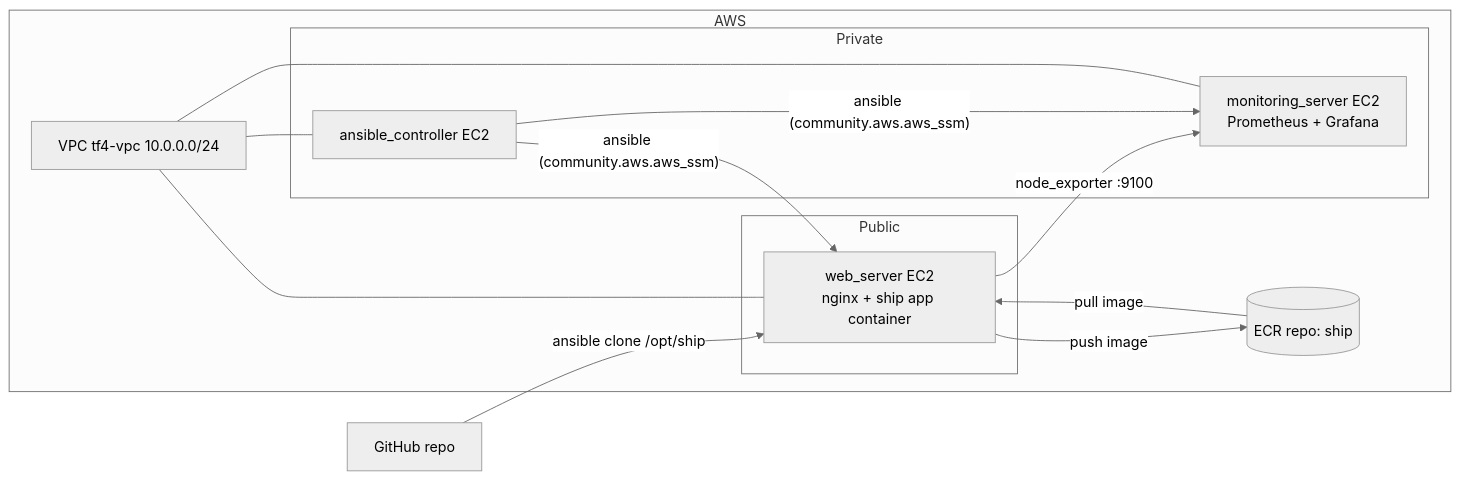
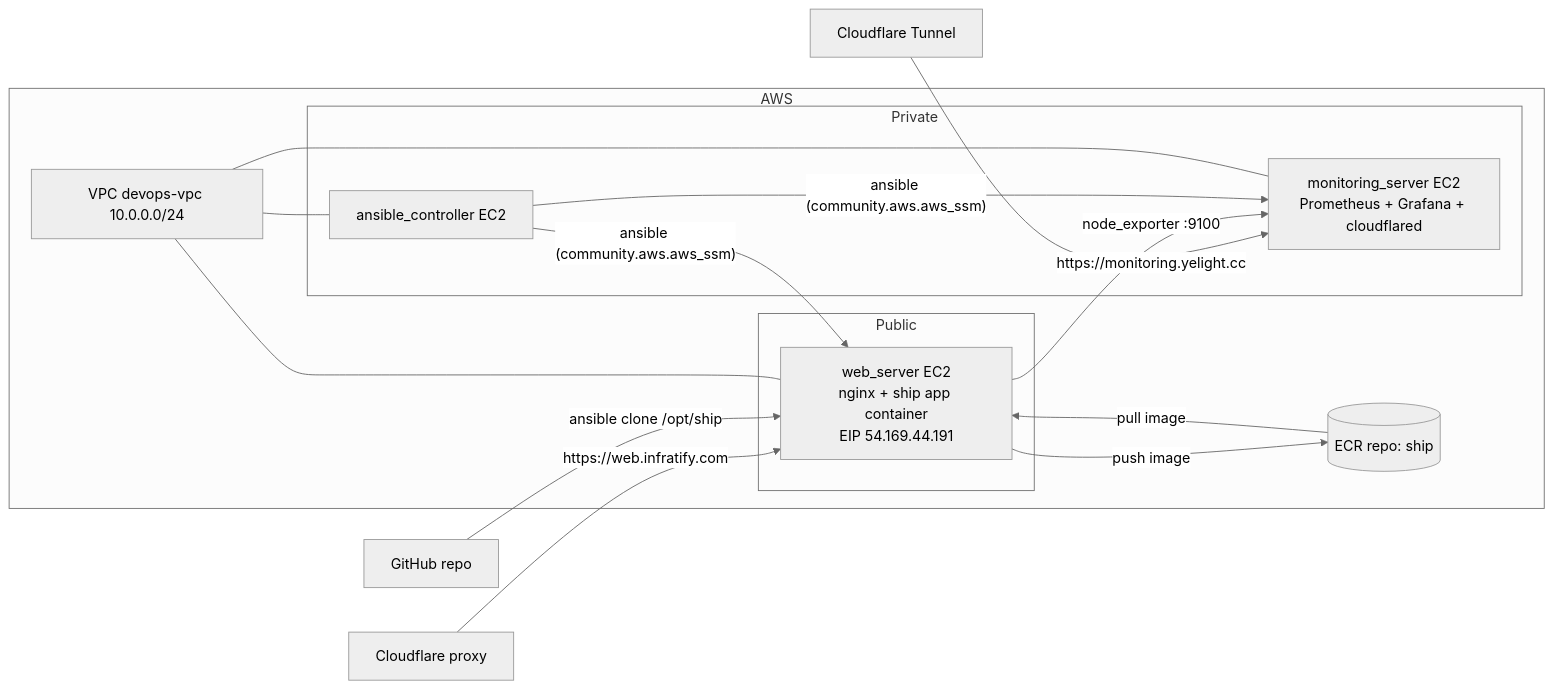
Before and after one commit to azfarsyafiq/devops-bootcamp-project: the diagram in readme.md, drawn with Mermaid (neutral theme). The commit also changed other lines of this file and 2 other files, not shown here.

Commit message:
Enable Mermaid on docs page, update VPC/Cloudflare docs

````diff
--- a/readme.md
+++ b/readme.md
@@ -18,24 +20,26 @@
 ```mermaid
 graph LR
     subgraph AWS
-        VPC[VPC tf4-vpc 10.0.0.0/24]
+        VPC[VPC devops-vpc 10.0.0.0/24]
         subgraph Public
-            WS[web_server EC2<br/>nginx + ship app container]
+            WS[web_server EC2<br/>nginx + ship app container<br/>EIP 54.169.44.191]
         end
         subgraph Private
             AC[ansible_controller EC2]
-            MS[monitoring_server EC2<br/>Prometheus + Grafana]
+            MS[monitoring_server EC2<br/>Prometheus + Grafana + cloudflared]
         end
         ECR[(ECR repo: ship)]
     end
+    CF[Cloudflare Tunnel] -->|"https://monitoring.yelight.cc"| MS
+    CF2[Cloudflare proxy] -->|"https://web.infratify.com"| WS
 
     GH[GitHub repo] -->|"ansible clone /opt/ship"| WS
     WS -->|push image| ECR
     ECR -->|pull image| WS
     WS -->|"node_exporter :9100"| MS
     AC -->|"ansible (community.aws.aws_ssm)"| WS
     AC -->|"ansible (community.aws.aws_ssm)"| MS
     VPC --- WS
     VPC --- AC
     VPC --- MS
 ```
````
